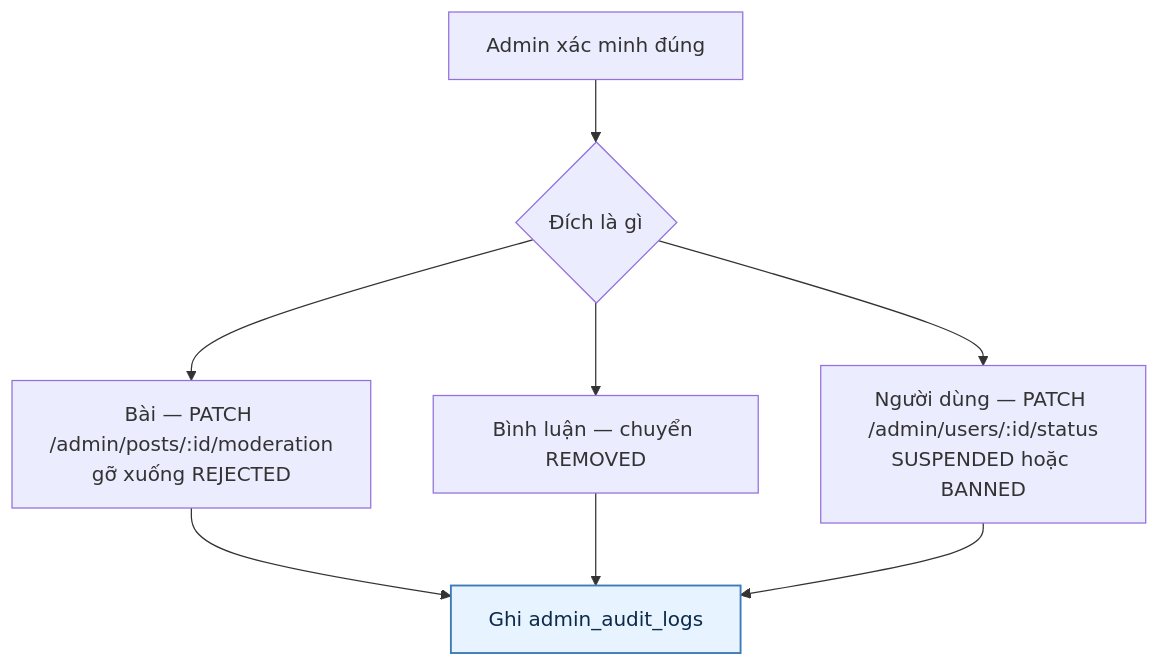
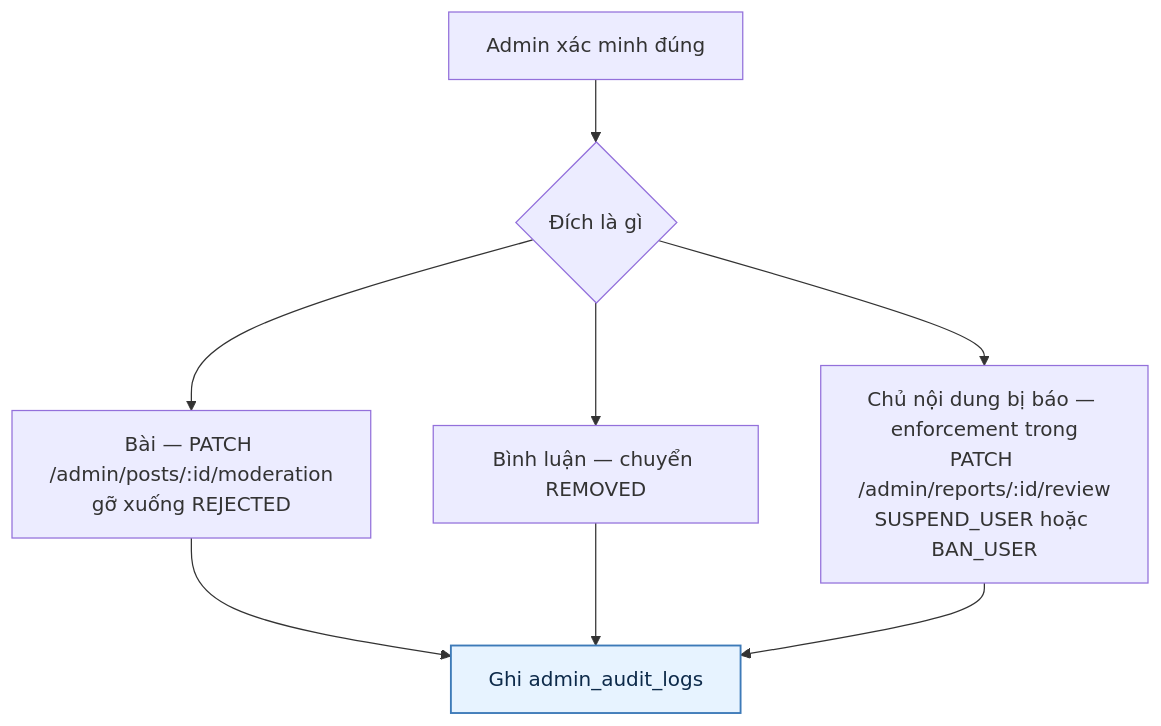
The fifth of 5 diagrams in docs/diagram/15-report.md (fdshn/trueheart), drawn with Mermaid before and after one commit. The commit also changed other lines of this file and 49 other files, not shown here.

````diff
--- a/docs/diagram/15-report.md
+++ b/docs/diagram/15-report.md
@@ -121,11 +132,11 @@
 ```mermaid
 flowchart TD
     A[Admin xác minh đúng] --> B{Đích là gì}
     B --> C["Bài — PATCH /admin/posts/:id/moderation<br/>gỡ xuống REJECTED"]
     B --> D["Bình luận — chuyển REMOVED"]
-    B --> E["Người dùng — PATCH /admin/users/:id/status<br/>SUSPENDED hoặc BANNED"]
+    B --> E["Chủ nội dung bị báo — enforcement trong<br/>PATCH /admin/reports/:id/review<br/>SUSPEND_USER hoặc BAN_USER"]
 
     C & D & E --> F[Ghi admin_audit_logs]
 
     style F fill:#e7f3ff,stroke:#3d7ab8,stroke-width:1.5px,color:#0d2a4a
 ```
````
